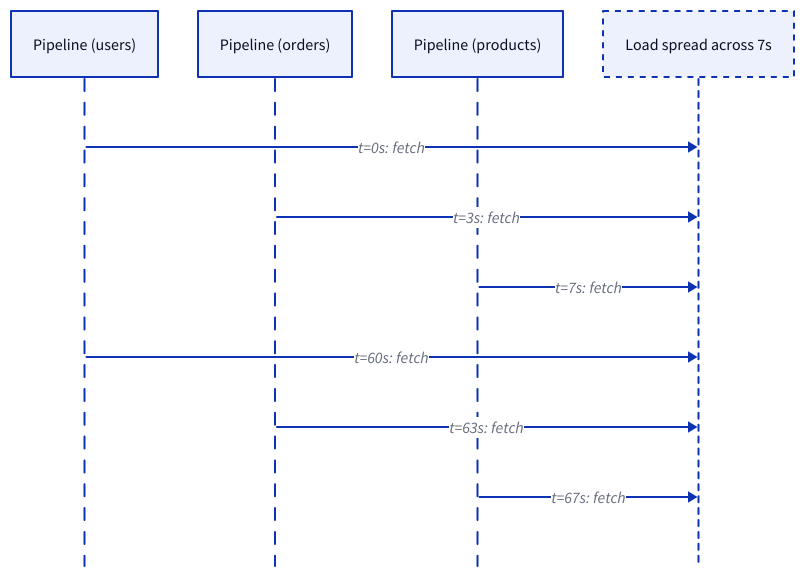
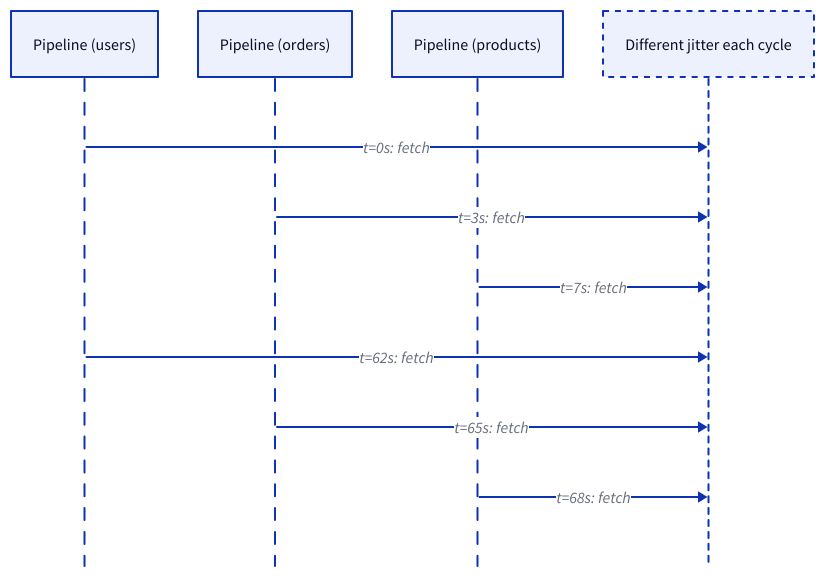
The second of 2 diagrams in website/src/content/docs/concepts/topology.md (benjamin-awd/blizzard), drawn with D2 before and after one commit. The commit also changed other lines of this file and 1 other file, not shown here.

````diff
--- a/website/src/content/docs/concepts/topology.md
+++ b/website/src/content/docs/concepts/topology.md
@@ -68,20 +68,24 @@
 ```d2
 shape: sequence_diagram
 
 users: Pipeline (users)
 orders: Pipeline (orders)
 products: Pipeline (products)
 Storage
 
 users -> Storage: "t=0s: fetch"
 orders -> Storage: "t=3s: fetch"
 products -> Storage: "t=7s: fetch"
 
 Storage: "Load spread across 7s" {
   style.stroke-dash: 3
 }
 
-users -> Storage: "t=60s: fetch"
-orders -> Storage: "t=63s: fetch"
-products -> Storage: "t=67s: fetch"
+users -> Storage: "t=62s: fetch"
+orders -> Storage: "t=65s: fetch"
+products -> Storage: "t=68s: fetch"
+
+Storage: "Different jitter each cycle" {
+  style.stroke-dash: 3
+}
 ```
````
